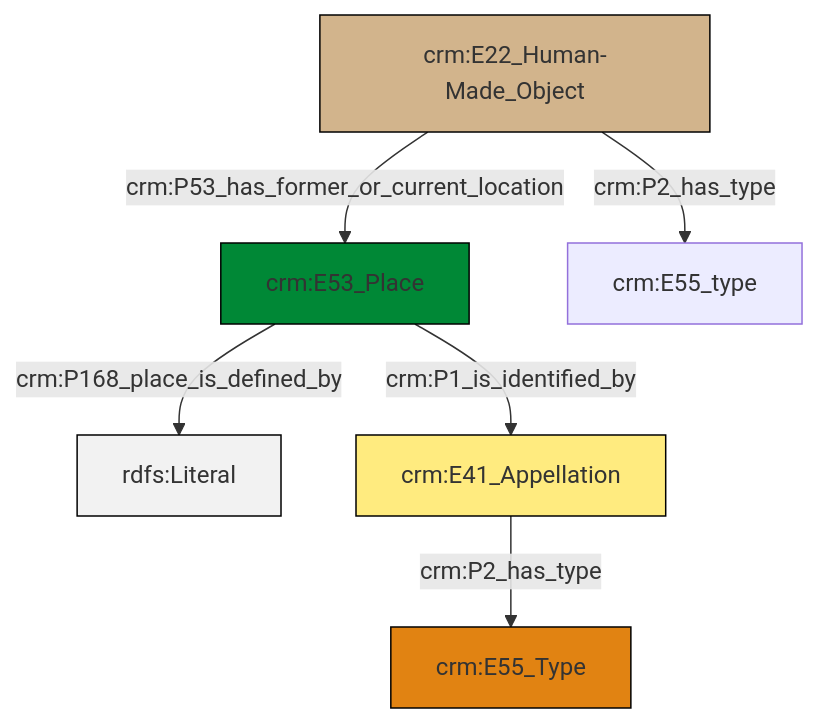
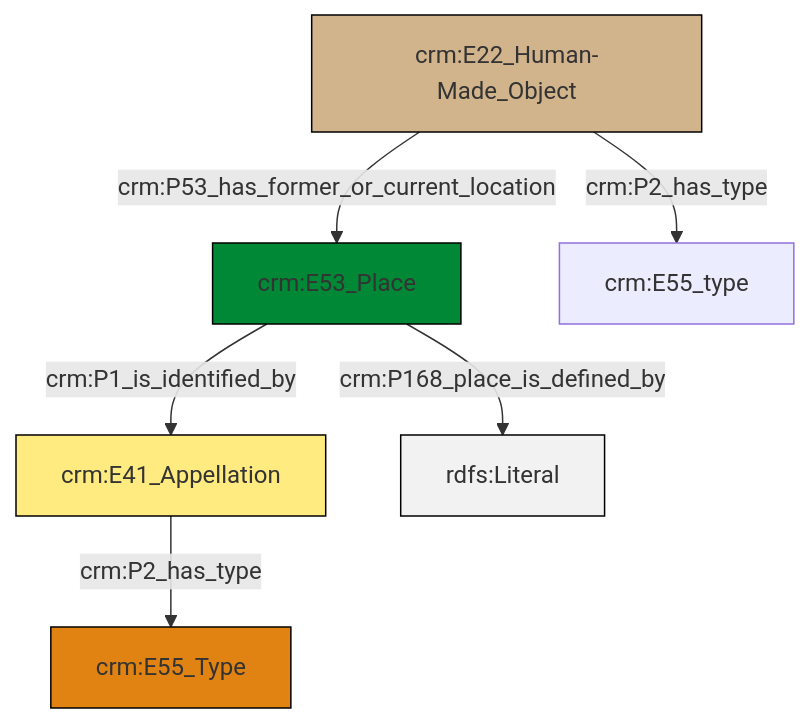
One commit to swiss-art-research-net/reference-data-models changed the diagram in et/builtWorkCSV/ttl/mmd/Built_Work_location.ttl.mmd. Above: the diagram before and after it, drawn with Mermaid. The commit also changed 128 other files, not shown here.

```diff
--- a/et/builtWorkCSV/ttl/mmd/Built_Work_location.ttl.mmd
+++ b/et/builtWorkCSV/ttl/mmd/Built_Work_location.ttl.mmd
@@ -1,20 +1,20 @@
 graph TD
 classDef Literal fill:#f2f2f2,stroke:#000000;
 classDef CRM_Entity fill:#FFFFFF,stroke:#000000;
 classDef Temporal_Entity fill:#00C9E6, stroke:#000000;
 classDef Type fill:#E18312, stroke:#000000;
 classDef Time-Span fill:#2C9C91, stroke:#000000;
 classDef Appellation fill:#FFEB7F, stroke:#000000;
 classDef Place fill:#008836, stroke:#000000;
 classDef Persistent_Item fill:#B266B2, stroke:#000000;
 classDef Conceptual_Object fill:#FFD700, stroke:#000000;
 classDef Physical_Thing fill:#D2B48C, stroke:#000000;
 classDef Actor fill:#f58aad, stroke:#000000;
 classDef PC_Classes fill:#4ce600, stroke:#000000;
 classDef Multi fill:#cccccc,stroke:#000000;
 
-0["crm:E53_Place"]:::Place -->|crm:P168_place_is_defined_by| 1[rdfs:Literal]:::Literal
-4["crm:E22_Human-Made_Object"]:::Physical_Thing -->|crm:P53_has_former_or_current_location| 0["crm:E53_Place"]:::Place
-6["crm:E41_Appellation"]:::Appellation -->|crm:P2_has_type| 2["crm:E55_Type"]:::Type
-0["crm:E53_Place"]:::Place -->|crm:P1_is_identified_by| 6["crm:E41_Appellation"]:::Appellation
-4["crm:E22_Human-Made_Object"]:::Physical_Thing -->|crm:P2_has_type| 9["crm:E55_type"]:::Default
+0["crm:E22_Human-Made_Object"]:::Physical_Thing -->|crm:P53_has_former_or_current_location| 2["crm:E53_Place"]:::Place
+3["crm:E41_Appellation"]:::Appellation -->|crm:P2_has_type| 6["crm:E55_Type"]:::Type
+0["crm:E22_Human-Made_Object"]:::Physical_Thing -->|crm:P2_has_type| 9["crm:E55_type"]:::Default
+2["crm:E53_Place"]:::Place -->|crm:P1_is_identified_by| 3["crm:E41_Appellation"]:::Appellation
+2["crm:E53_Place"]:::Place -->|crm:P168_place_is_defined_by| 11[rdfs:Literal]:::Literal
```
